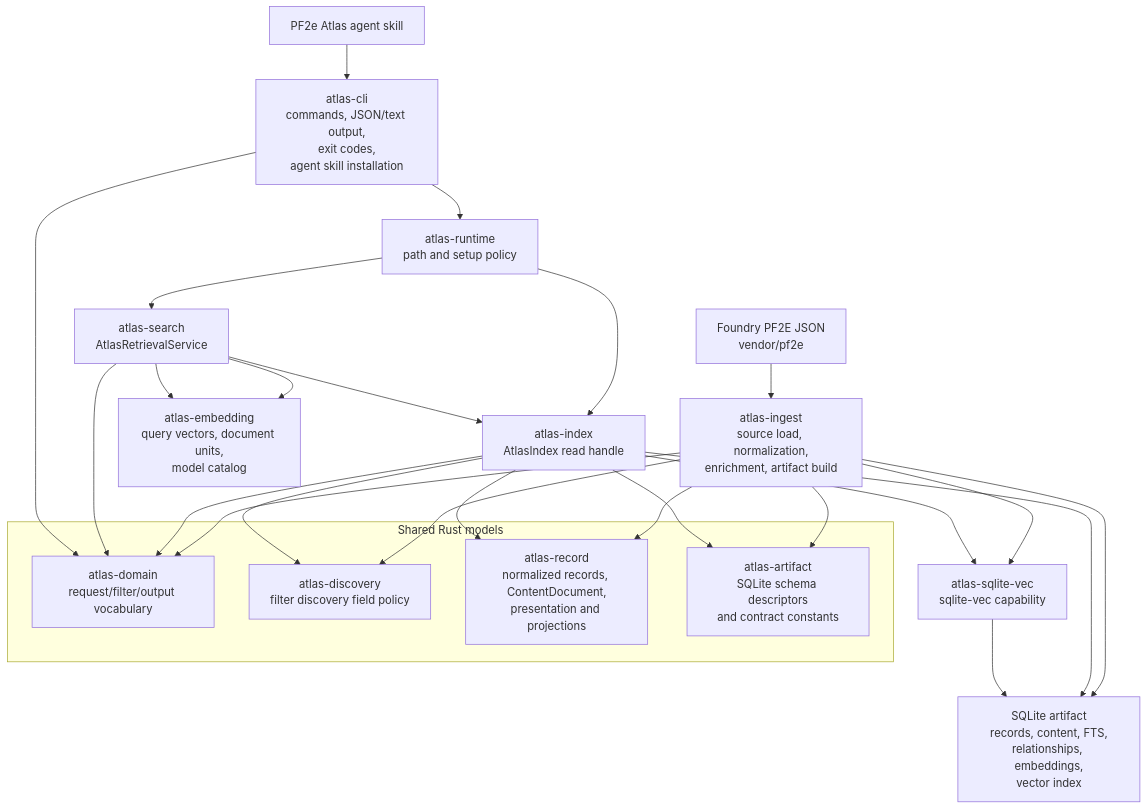
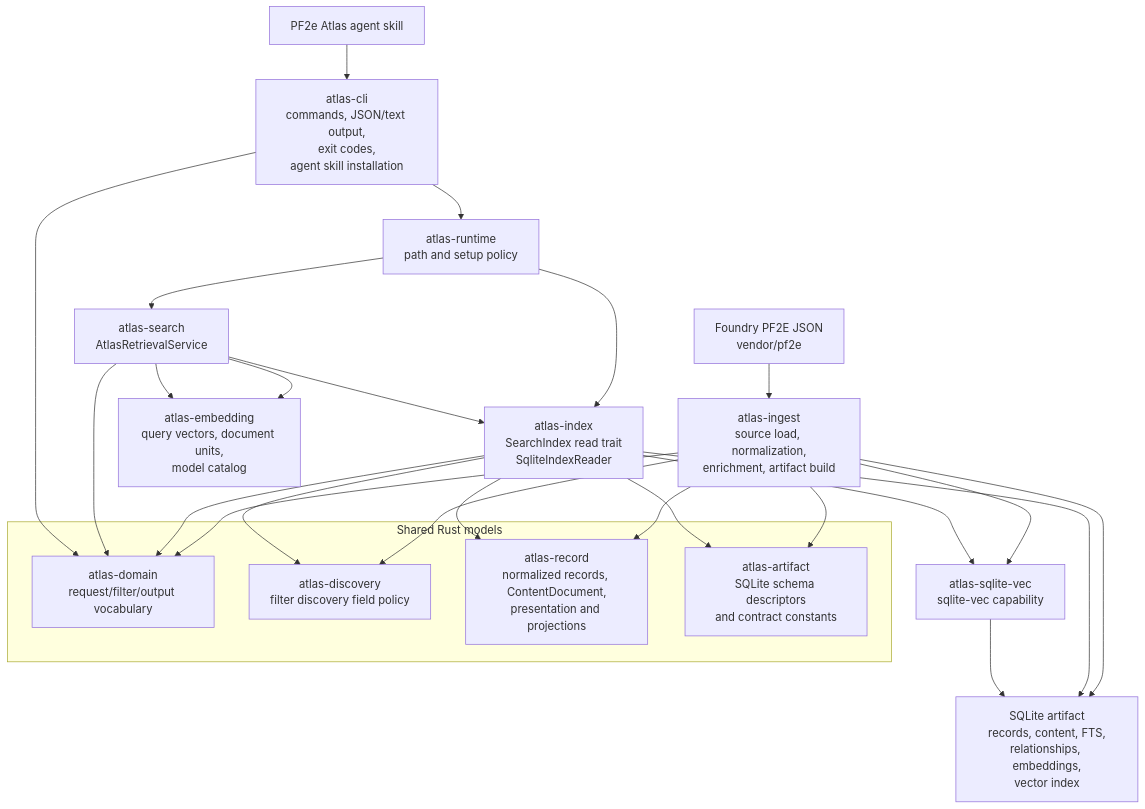
Before and after one commit to e-kosten/pf2e-atlas: the first of 4 diagrams in docs/architecture/runtime.md, drawn with Mermaid. The commit also changed other lines of this file and 58 other files, not shown here.

Commit message:
feat: integrate sqlite retrieval graph surfaces

````diff
--- a/docs/architecture/runtime.md
+++ b/docs/architecture/runtime.md
@@ -9,36 +9,36 @@
 ```mermaid
 flowchart TD
     source["Foundry PF2E JSON<br/>vendor/pf2e"] --> ingest["atlas-ingest<br/>source load, normalization,<br/>enrichment, artifact build"]
     ingest --> artifact["SQLite artifact<br/>records, content, FTS,<br/>relationships, embeddings,<br/>vector index"]
 
     skill["PF2e Atlas agent skill"] --> cli["atlas-cli<br/>commands, JSON/text output,<br/>exit codes,<br/>agent skill installation"]
     cli --> runtime["atlas-runtime<br/>path and setup policy"]
     runtime --> search["atlas-search<br/>AtlasRetrievalService"]
-    runtime --> index["atlas-index<br/>AtlasIndex read handle"]
+    runtime --> index["atlas-index<br/>SearchIndex read trait<br/>SqliteIndexReader"]
 
     search --> index
     search --> embedding["atlas-embedding<br/>query vectors, document units,<br/>model catalog"]
     index --> artifact
     ingest --> sqliteVec["atlas-sqlite-vec<br/>sqlite-vec capability"]
     index --> sqliteVec
     sqliteVec --> artifact
 
     subgraph SharedRustModels["Shared Rust models"]
       domain["atlas-domain<br/>request/filter/output vocabulary"]
       discovery["atlas-discovery<br/>filter discovery field policy"]
       record["atlas-record<br/>normalized records, ContentDocument,<br/>presentation and projections"]
       artifactSchema["atlas-artifact<br/>SQLite schema descriptors<br/>and contract constants"]
     end
 
     ingest --> domain
     ingest --> discovery
     ingest --> record
     ingest --> artifactSchema
     index --> domain
     index --> discovery
     index --> record
     index --> artifactSchema
     search --> domain
     search --> embedding
     cli --> domain
 ```
````
